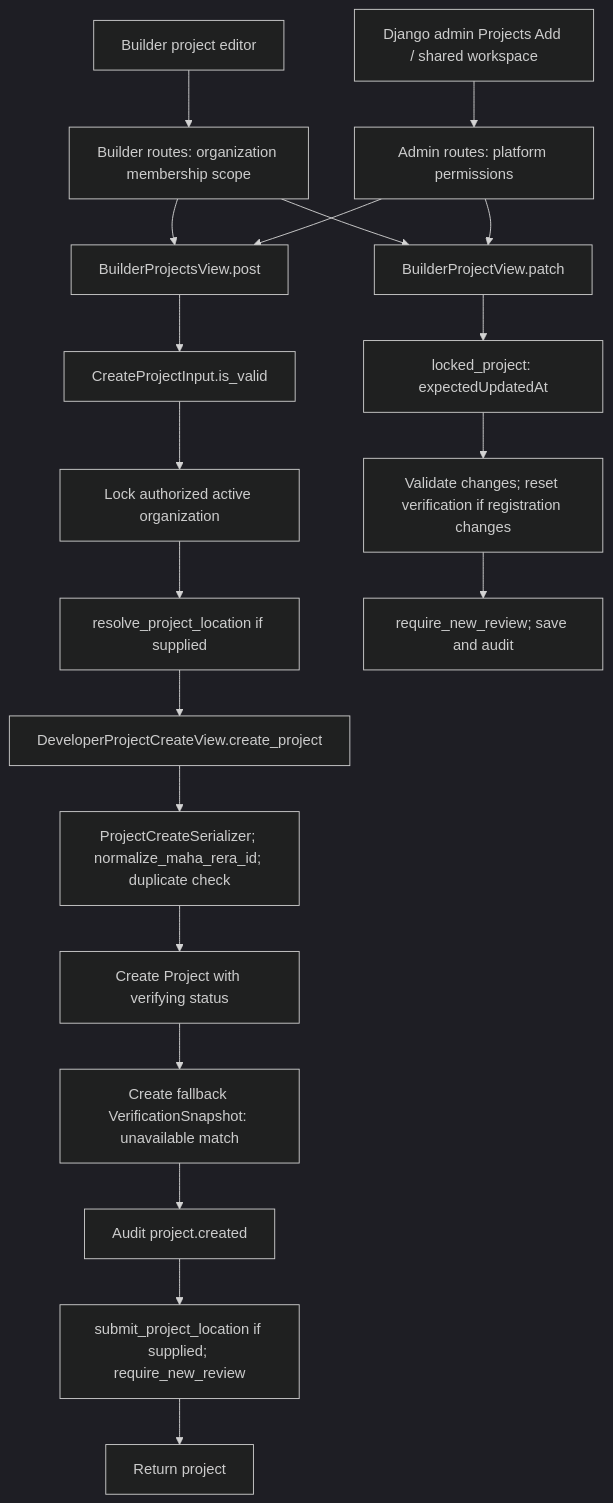
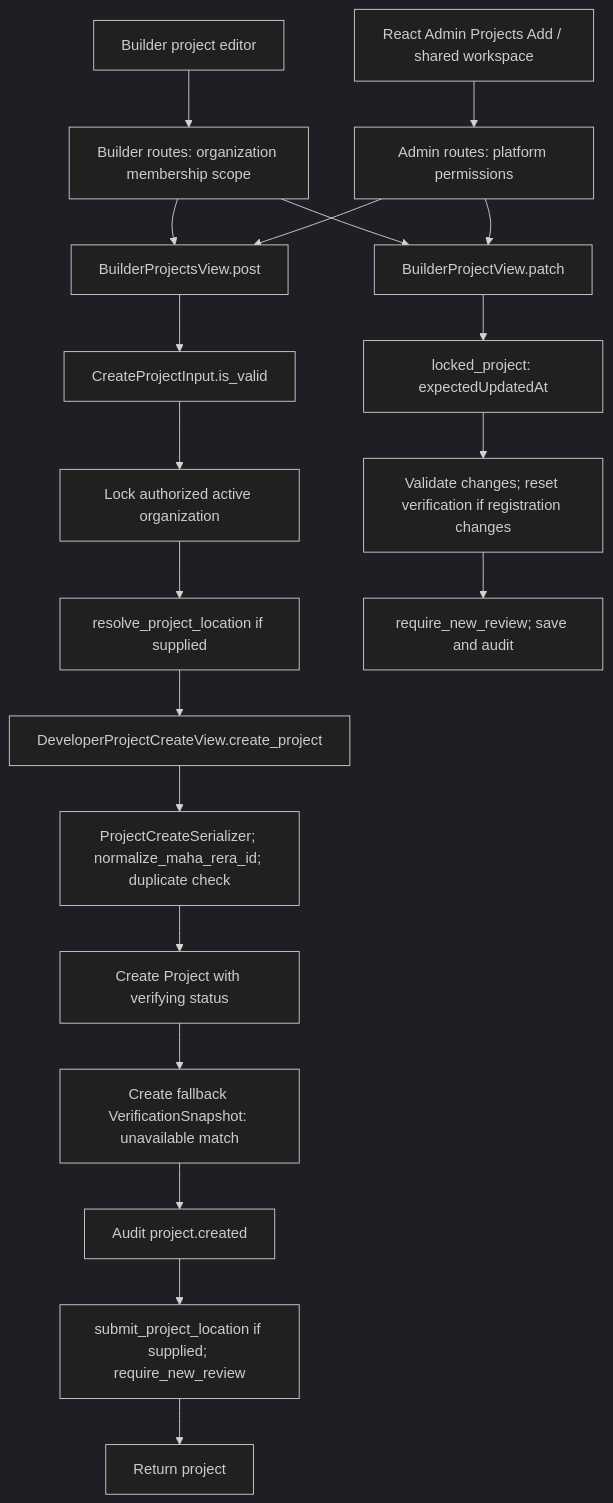
The second of 12 diagrams in docs/current-project-flows.md (Techtesh/reAIlEstate), drawn with Mermaid (dark theme) before and after one commit. The commit also changed other lines of this file and 39 other files, not shown here.

````diff
--- a/docs/current-project-flows.md
+++ b/docs/current-project-flows.md
@@ -35,22 +39,22 @@
 ```mermaid
 flowchart TD
     B[Builder project editor] --> BR[Builder routes: organization membership scope]
-    A[Django admin Projects Add / shared workspace] --> AR[Admin routes: platform permissions]
+    A[React Admin Projects Add / shared workspace] --> AR[Admin routes: platform permissions]
     BR --> CREATE[BuilderProjectsView.post]
     AR --> CREATE
     CREATE --> INPUT[CreateProjectInput.is_valid]
     INPUT --> ORG[Lock authorized active organization]
     ORG --> LOC[resolve_project_location if supplied]
     LOC --> SHARED[DeveloperProjectCreateView.create_project]
     SHARED --> VALID[ProjectCreateSerializer; normalize_maha_rera_id; duplicate check]
     VALID --> SAVE[Create Project with verifying status]
     SAVE --> SNAP[Create fallback VerificationSnapshot: unavailable match]
     SNAP --> AUDIT[Audit project.created]
     AUDIT --> PROP[submit_project_location if supplied; require_new_review]
     PROP --> RETURN[Return project]
     BR --> PATCH[BuilderProjectView.patch]
     AR --> PATCH
     PATCH --> LOCK[locked_project: expectedUpdatedAt]
     LOCK --> CHANGES[Validate changes; reset verification if registration changes]
     CHANGES --> REVIEW[require_new_review; save and audit]
 ```
````
